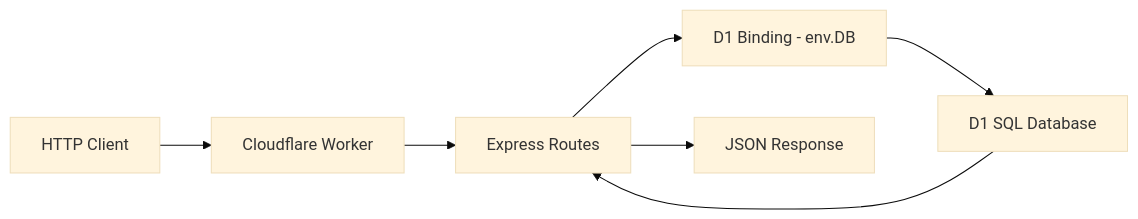
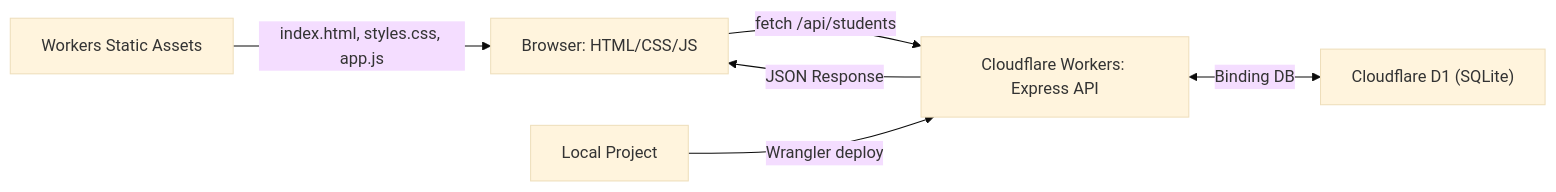
Before and after one commit to FirmanDN0/paas-express-worker: the diagram in README.md, drawn with Mermaid (base theme). The commit also changed other lines of this file and 5 other files, not shown here.

Commit message:
feat(minggu7): integrate frontend dashboard with Express and Cloudflare D1 via Workers Static Assets

````diff
--- a/README.md
+++ b/README.md
@@ -15,9 +15,8 @@
 ```mermaid
 flowchart LR
-  A["HTTP Client"] --> B["Cloudflare Worker"]
-  B --> C["Express Routes"]
-  C --> D["D1 Binding - env.DB"]
-  D --> E["D1 SQL Database"]
-  E --> C
-  C --> F["JSON Response"]
+  A["Browser: HTML/CSS/JS"] -->|"fetch /api/students"| B["Cloudflare Workers: Express API"]
+  B <-->|"Binding DB"| C["Cloudflare D1 (SQLite)"]
+  B -->|"JSON Response"| A
+  D["Local Project"] -->|"Wrangler deploy"| B
+  E["Workers Static Assets"] -->|"index.html, styles.css, app.js"| A
 ```
````
